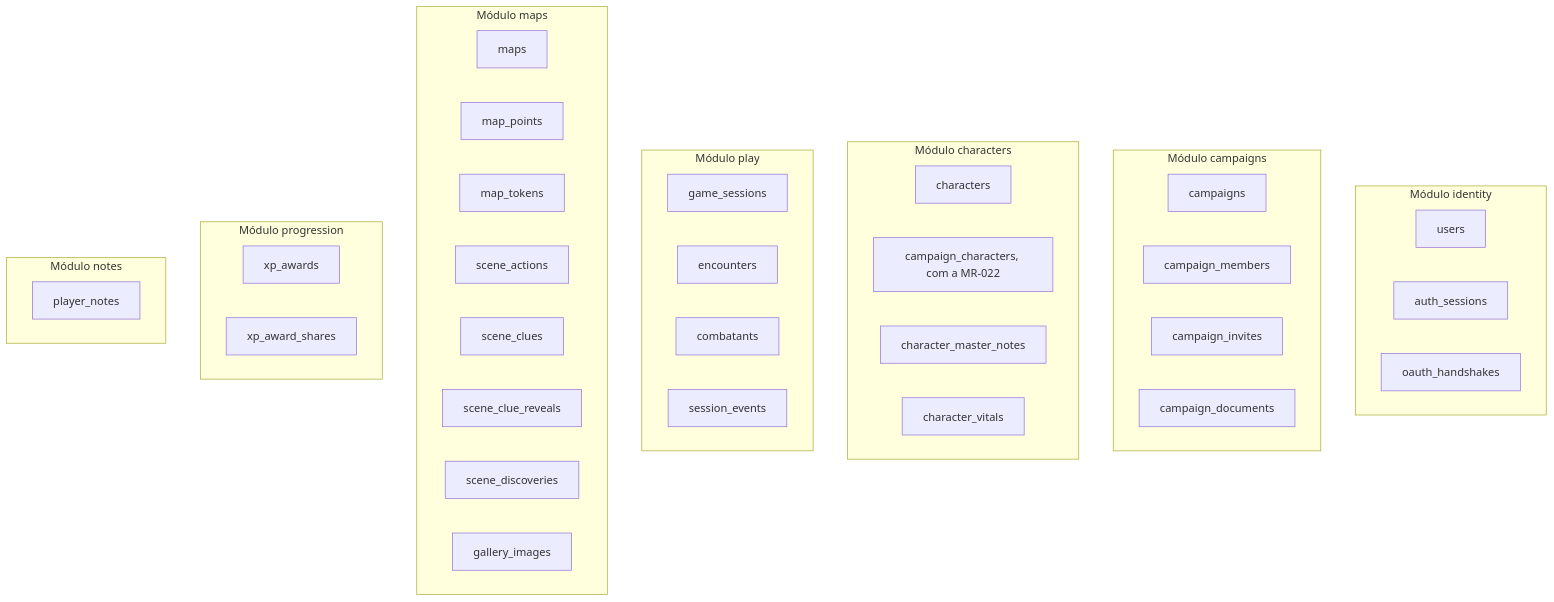
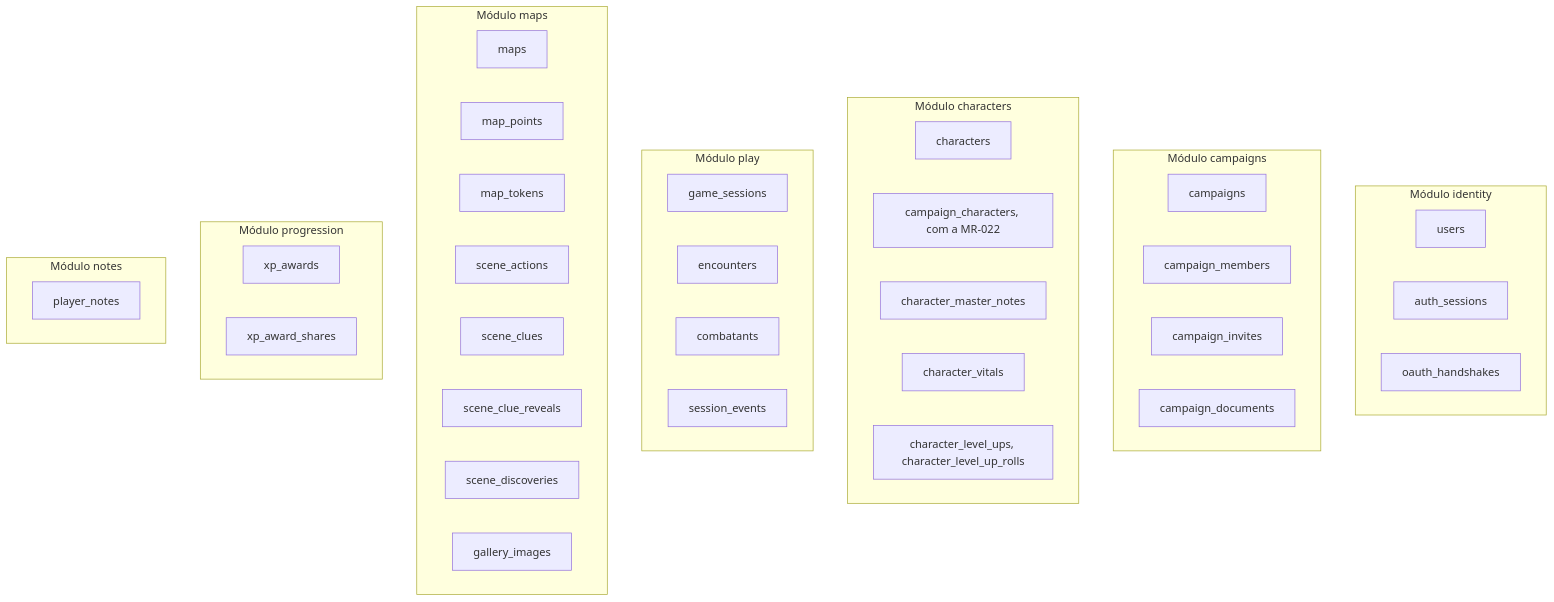
The second of 3 diagrams in docs/dados.md (PuraFome/meuRPG), drawn with Mermaid before and after one commit. The commit also changed other lines of this file and 39 other files, not shown here.

````diff
--- a/docs/dados.md
+++ b/docs/dados.md
@@ -267,49 +293,50 @@
 ```mermaid
 flowchart TD
     subgraph identity["Módulo identity"]
         t_users["users"]
         t_auth_sessions["auth_sessions"]
         t_oauth_handshakes["oauth_handshakes"]
     end
 
     subgraph campaigns_mod["Módulo campaigns"]
         t_campaigns["campaigns"]
         t_campaign_members["campaign_members"]
         t_campaign_invites["campaign_invites"]
         t_campaign_documents["campaign_documents"]
     end
 
     subgraph characters_mod["Módulo characters"]
         t_characters["characters"]
         t_campaign_characters["campaign_characters, com a MR-022"]
         t_character_master_notes["character_master_notes"]
         t_character_vitals["character_vitals"]
+        t_character_level_ups["character_level_ups, character_level_up_rolls"]
     end
 
     subgraph play["Módulo play"]
         t_game_sessions["game_sessions"]
         t_encounters["encounters"]
         t_combatants["combatants"]
         t_session_events["session_events"]
     end
 
     subgraph maps_mod["Módulo maps"]
         t_maps["maps"]
         t_map_points["map_points"]
         t_map_tokens["map_tokens"]
         t_scene_actions["scene_actions"]
         t_scene_clues["scene_clues"]
         t_scene_clue_reveals["scene_clue_reveals"]
         t_scene_discoveries["scene_discoveries"]
         t_gallery_images["gallery_images"]
     end
 
     subgraph progression["Módulo progression"]
         t_xp_awards["xp_awards"]
         t_xp_award_shares["xp_award_shares"]
     end
 
     subgraph notes_mod["Módulo notes"]
         t_player_notes["player_notes"]
     end
 ```
````
